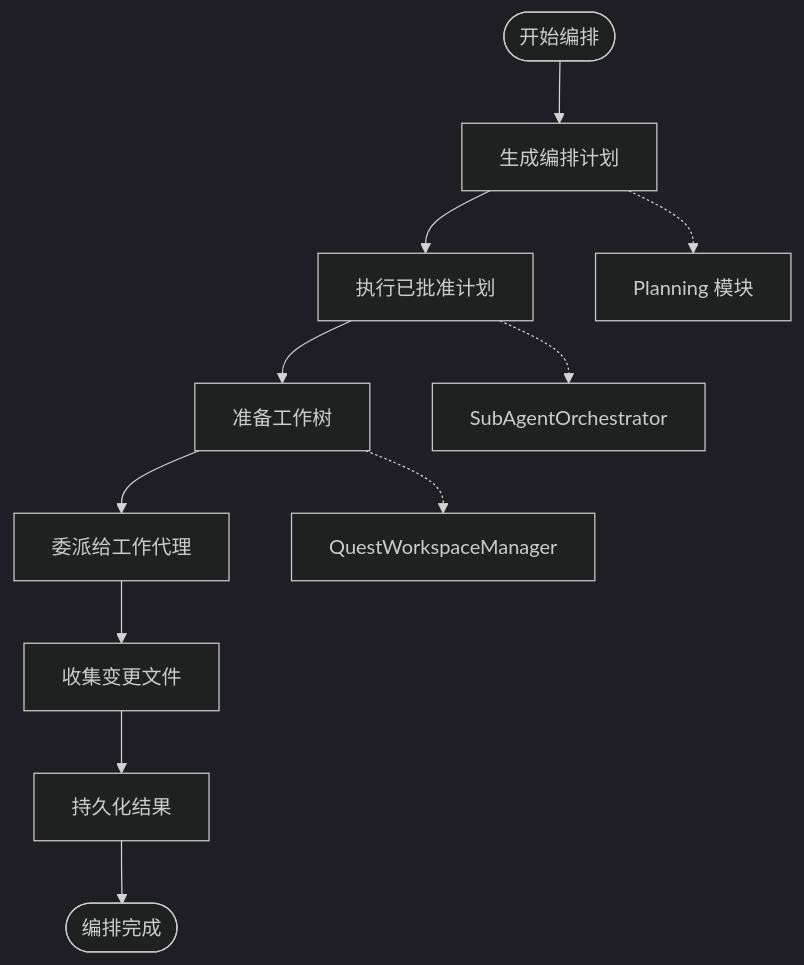
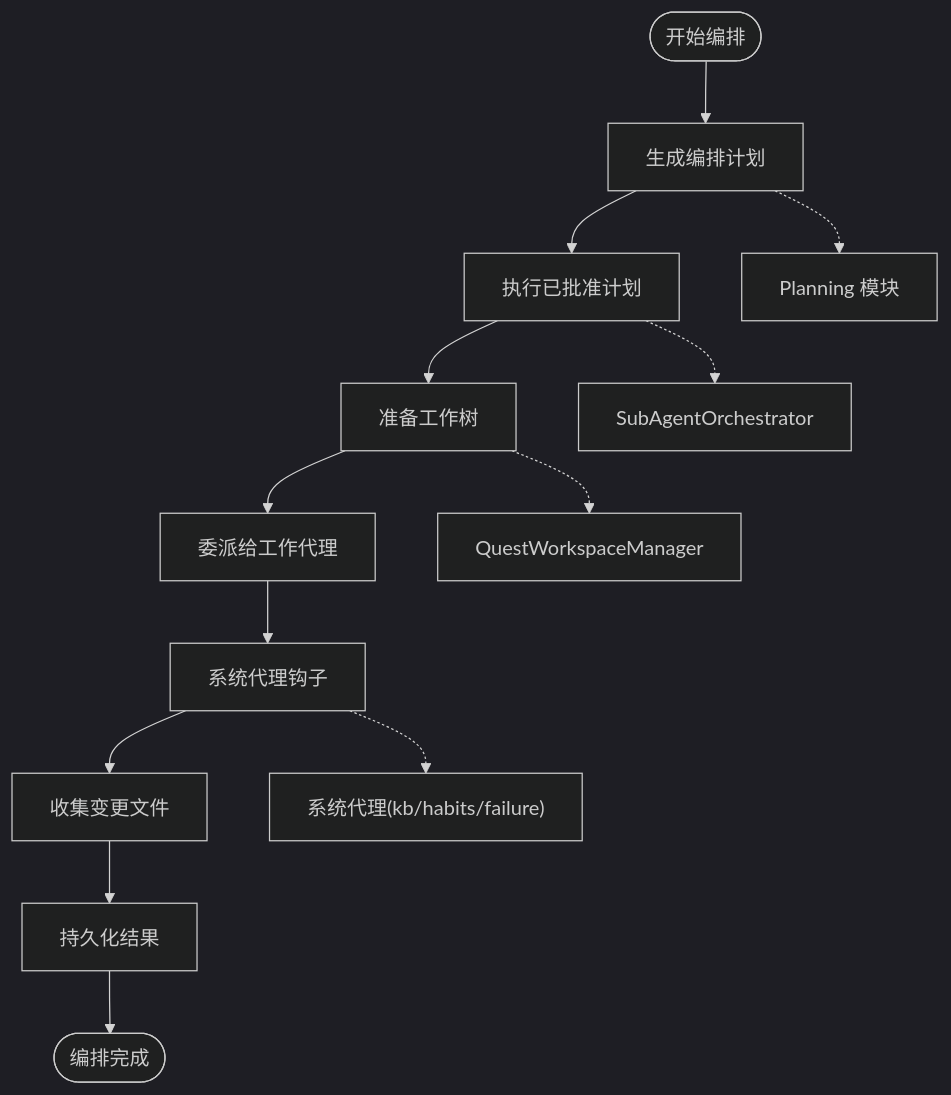
The tenth of 14 diagrams in .qoder/repowiki/zh/content/Agent 后端系统/Agent 后端系统.md (coconilu/RepoHelm), drawn with Mermaid (dark theme) before and after one commit. The commit also changed other lines of this file and 12 other files, not shown here.

First line of the commit message:
Add feature-quality workflow and system agents

````diff
--- a/.qoder/repowiki/zh/content/Agent 后端系统/Agent 后端系统.md
+++ b/.qoder/repowiki/zh/content/Agent 后端系统/Agent 后端系统.md
@@ -416,13 +584,15 @@
 ```mermaid
 flowchart TD
 Start(["开始编排"]) --> Generate["生成编排计划"]
 Generate --> Execute["执行已批准计划"]
 Execute --> Provision["准备工作树"]
 Provision --> Delegate["委派给工作代理"]
-Delegate --> Collect["收集变更文件"]
+Delegate --> SystemHook["系统代理钩子"]
+SystemHook --> Collect["收集变更文件"]
 Collect --> Persist["持久化结果"]
 Persist --> End(["编排完成"])
 Generate -.-> Planner["Planning 模块"]
 Execute -.-> Orchestrator["SubAgentOrchestrator"]
 Provision -.-> Workspace["QuestWorkspaceManager"]
+SystemHook -.-> SystemAgents["系统代理(kb/habits/failure)"]
 ```
````
